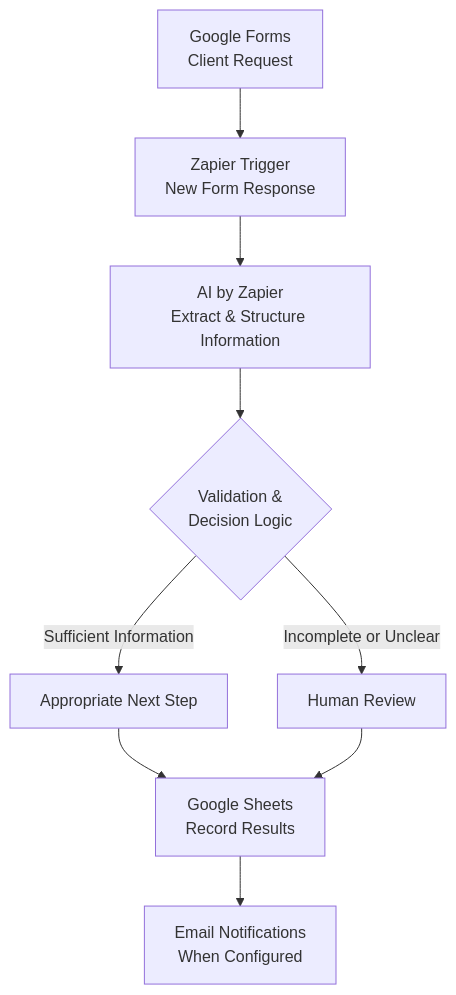
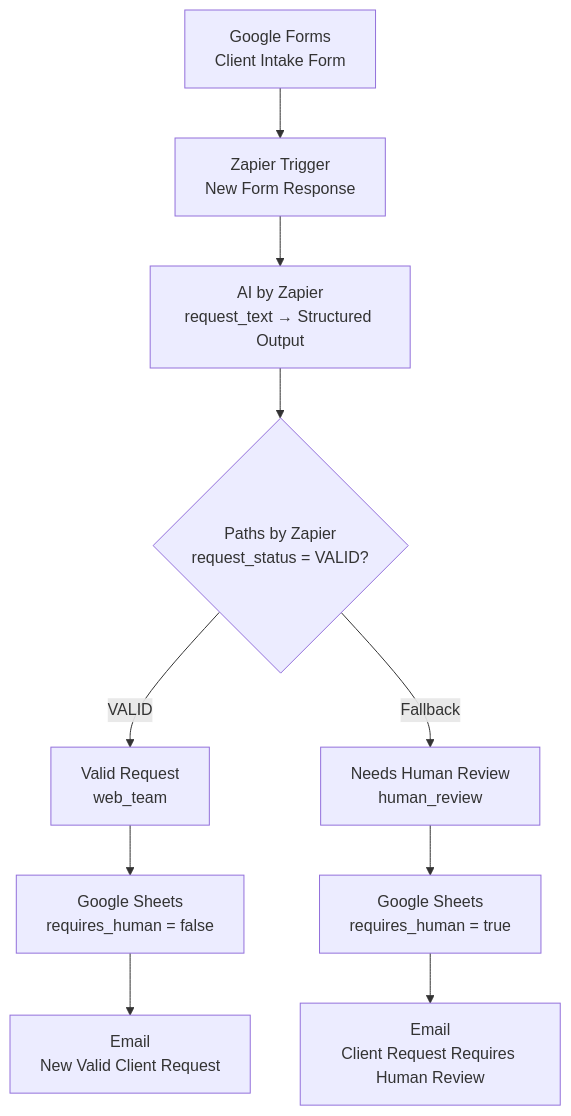
One commit to doaasami9/doaa-S-AlBatniji-ai-automationportfolio changed the diagram in 01-Process & Data Thinking/Independent-Project/README.md. Above: the diagram before and after it, drawn with Mermaid. The commit also changed other lines of this file, not shown here.

````diff
--- a/01-Process & Data Thinking/Independent-Project/README.md
+++ b/01-Process & Data Thinking/Independent-Project/README.md
@@ -89,11 +316,12 @@
 ```mermaid
 flowchart TD
-    A["Google Forms<br/>Client Request"] --> B["Zapier Trigger<br/>New Form Response"]
-    B --> C["AI by Zapier<br/>Extract & Structure Information"]
-    C --> D{"Validation &<br/>Decision Logic"}
-    D -->|Sufficient Information| E["Appropriate Next Step"]
-    D -->|Incomplete or Unclear| F["Human Review"]
-    E --> G["Google Sheets<br/>Record Results"]
-    F --> G
-    G --> H["Email Notifications<br/>When Configured"]
+    A["Google Forms<br/>Client Intake Form"] --> B["Zapier Trigger<br/>New Form Response"]
+    B --> C["AI by Zapier<br/>request_text → Structured Output"]
+    C --> D{"Paths by Zapier<br/>request_status = VALID?"}
+    D -->|VALID| E["Valid Request<br/>web_team"]
+    D -->|Fallback| F["Needs Human Review<br/>human_review"]
+    E --> G["Google Sheets<br/>requires_human = false"]
+    F --> H["Google Sheets<br/>requires_human = true"]
+    G --> I["Email<br/>New Valid Client Request"]
+    H --> J["Email<br/>Client Request Requires Human Review"]
 ```
````
